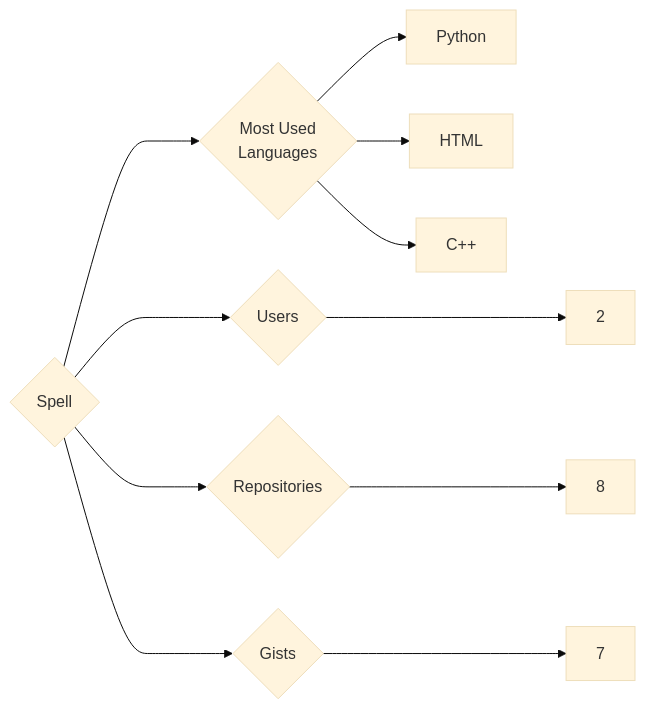
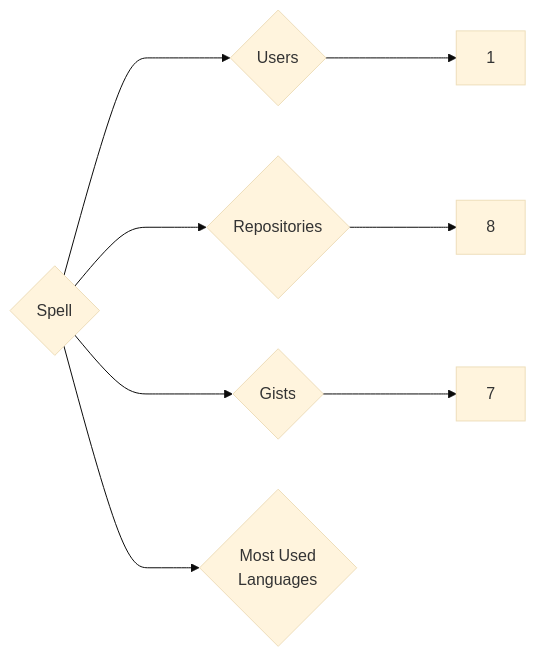
The diagram in targets/Spell/README.md (trickest/insiders), drawn with Mermaid (base theme) before and after one commit. The commit also changed 972 other files, not shown here.

````diff
--- a/targets/Spell/README.md
+++ b/targets/Spell/README.md
@@ -3,11 +3,8 @@
 ```mermaid
 graph LR
 COMPANY_NAME{Spell}
-COMPANY_NAME ---> U{Users} ---> UN[2]
+COMPANY_NAME ---> U{Users} ---> UN[1]
 COMPANY_NAME ---> R{Repositories} ---> RN[8]
 COMPANY_NAME ---> G{Gists} ---> GN[7]
 COMPANY_NAME ---> ML{Most Used<br>Languages}
-ML --> Python[Python]
-ML --> HTML[HTML]
-ML --> C++[C++]
 ```
````
